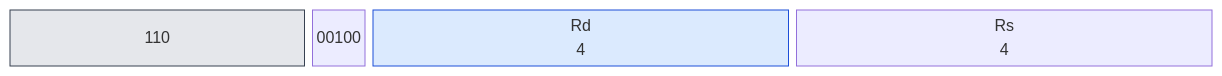
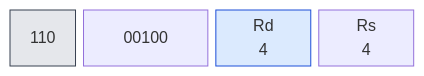
The ninth of 32 diagrams in book/kap03.md (olfp/Deep16), drawn with Mermaid before and after one commit. The commit also changed other lines of this file and 1 other file, not shown here.

Commit message:
book(kap03): alle 32 Befehlsdiagramme auf 31-Spalten-Layout normiert

````diff
--- a/book/kap03.md
+++ b/book/kap03.md
@@ -363,16 +363,16 @@
 ```mermaid
 block-beta
   columns 31
   classDef op fill:#e5e7eb,stroke:#374151
   classDef reg fill:#dbeafe,stroke:#1d4ed8
   classDef imm fill:#fef3c7,stroke:#b45309
   classDef off fill:#dcfce7,stroke:#15803d
   classDef seg fill:#ede9fe,stroke:#6d28d9
   classDef all fill:#fee2e2,stroke:#b91c1c
   b0["110"]:5
-  b1["00100"]:1
+  b1["00100"]:9
   b2["Rd<br/>4"]:7
   b3["Rs<br/>4"]:7
   class b0 b1 op
   class b2 b3 reg
 ```
````
